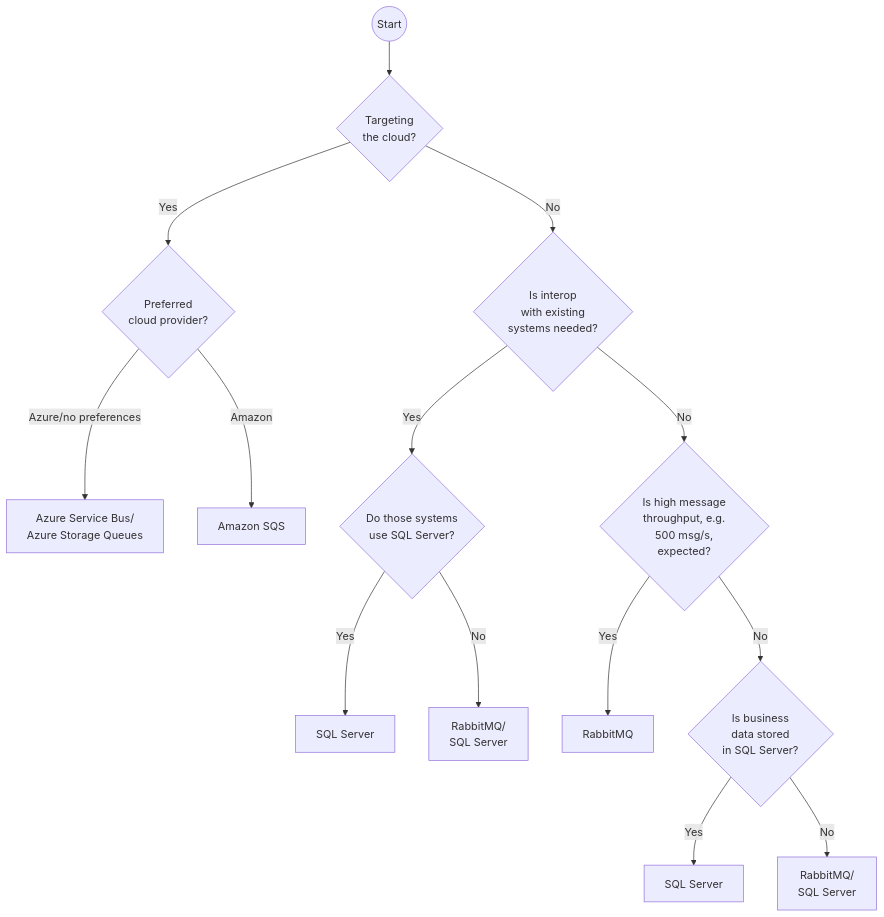
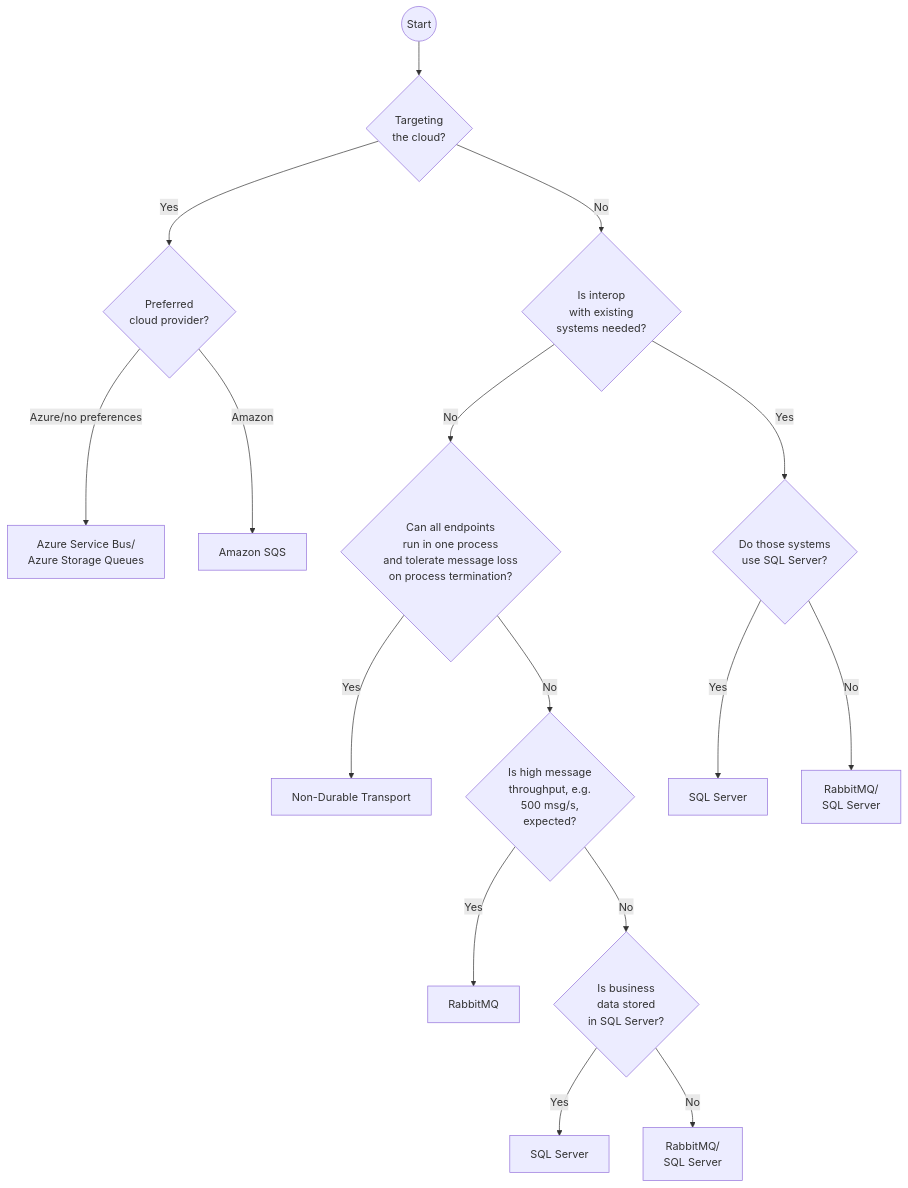
The diagram in transports/selecting.md (Particular/docs.particular.net), drawn with Mermaid before and after one commit.

Commit message:
Extend diagram as a trial

````diff
--- a/transports/selecting.md
+++ b/transports/selecting.md
@@ -38,16 +38,18 @@
 ```mermaid
 graph TD
 S((Start))-->Q{<center>Targeting<br/>the cloud?</center>}
 Q-->|Yes|Y{<center>Preferred<br/>cloud provider?</center>}
 Q-->|No|N{<center>Is interop<br/>with existing<br/>systems needed?</center>}
 Y-->|Azure/no preferences|Y1[<center>Azure Service Bus/<br/>Azure Storage Queues</center>]
 Y-->|Amazon|Y2[Amazon SQS]
 N-->|Yes|NY{<center>Do those systems<br/>use SQL Server?</center>}
-N-->|No|NN{<center>Is high message<br/>throughput, e.g.<br/>500 msg/s,<br/>expected?</center>}
+N-->|No|SP{<center>Can all endpoints<br/>run in one process<br/>and tolerate message loss<br/>on process termination?</center>}
+SP-->|Yes|NDT[Non-Durable Transport]
+SP-->|No|NN{<center>Is high message<br/>throughput, e.g.<br/>500 msg/s,<br/>expected?</center>}
 NY-->|Yes|NYY[SQL Server]
 NY-->|No|NYN[<center>RabbitMQ/<br/>SQL Server</center>]
 NN-->|Yes|NNY[<center>RabbitMQ</center>]
 NN-->|No|NNN{<center>Is business<br/>data stored<br/>in SQL Server?</center>}
 NNN-->|Yes|NNNY[SQL Server]
 NNN-->|No|NNNN[<center>RabbitMQ/<br/>SQL Server</center>]
 ```
````
